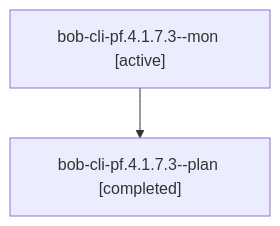
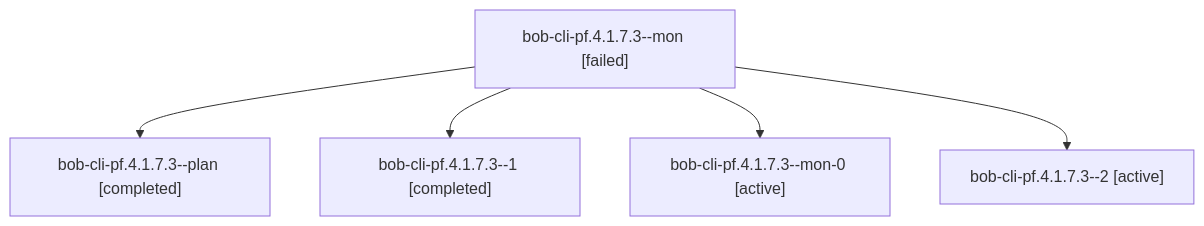
One commit to bobs-org/bob-cli--agents changed the diagram in sessions/bbugyi200.apollo.bob-cli-pf.4.1.7.3.md. Above: the diagram before and after it, drawn with Mermaid. The commit also changed other lines of this file and 110 other files, not shown here.

````diff
--- a/sessions/bbugyi200.apollo.bob-cli-pf.4.1.7.3.md
+++ b/sessions/bbugyi200.apollo.bob-cli-pf.4.1.7.3.md
@@ -9,6 +9,12 @@
 ```mermaid
 flowchart TD
-  n0["bob-cli-pf.4.1.7.3--mon [active]"]
+  n0["bob-cli-pf.4.1.7.3--mon [failed]"]
   n1["bob-cli-pf.4.1.7.3--plan [completed]"]
   n0 --> n1
+  n2["bob-cli-pf.4.1.7.3--1 [completed]"]
+  n0 --> n2
+  n3["bob-cli-pf.4.1.7.3--mon-0 [active]"]
+  n0 --> n3
+  n4["bob-cli-pf.4.1.7.3--2 [active]"]
+  n0 --> n4
 ```
````
